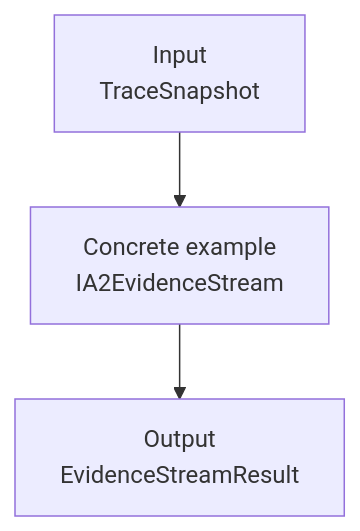
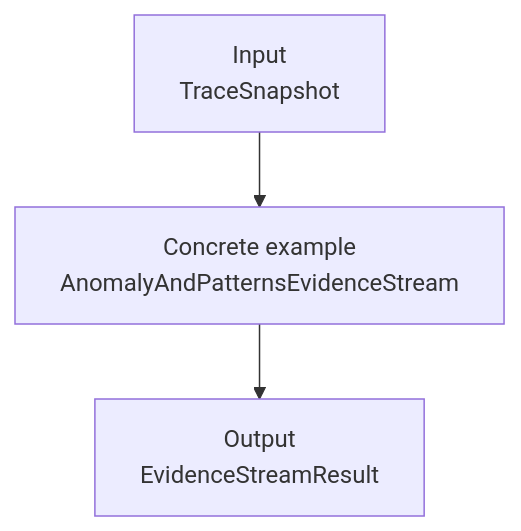
Before and after one commit to NVIDIA-NeMo/labs-trace-intel: the third of 4 diagrams in docs/pipeline-architecture.md, drawn with Mermaid. The commit also changed other lines of this file and 29 other files, not shown here.

````diff
--- a/docs/pipeline-architecture.md
+++ b/docs/pipeline-architecture.md
@@ -299,7 +299,7 @@
 ```mermaid
 flowchart TB
     input["Input<br/>TraceSnapshot"]
-    stream["Concrete example<br/>IA2EvidenceStream"]
+    stream["Concrete example<br/>AnomalyAndPatternsEvidenceStream"]
     output["Output<br/>EvidenceStreamResult"]
     input --> stream --> output
 ```
````
